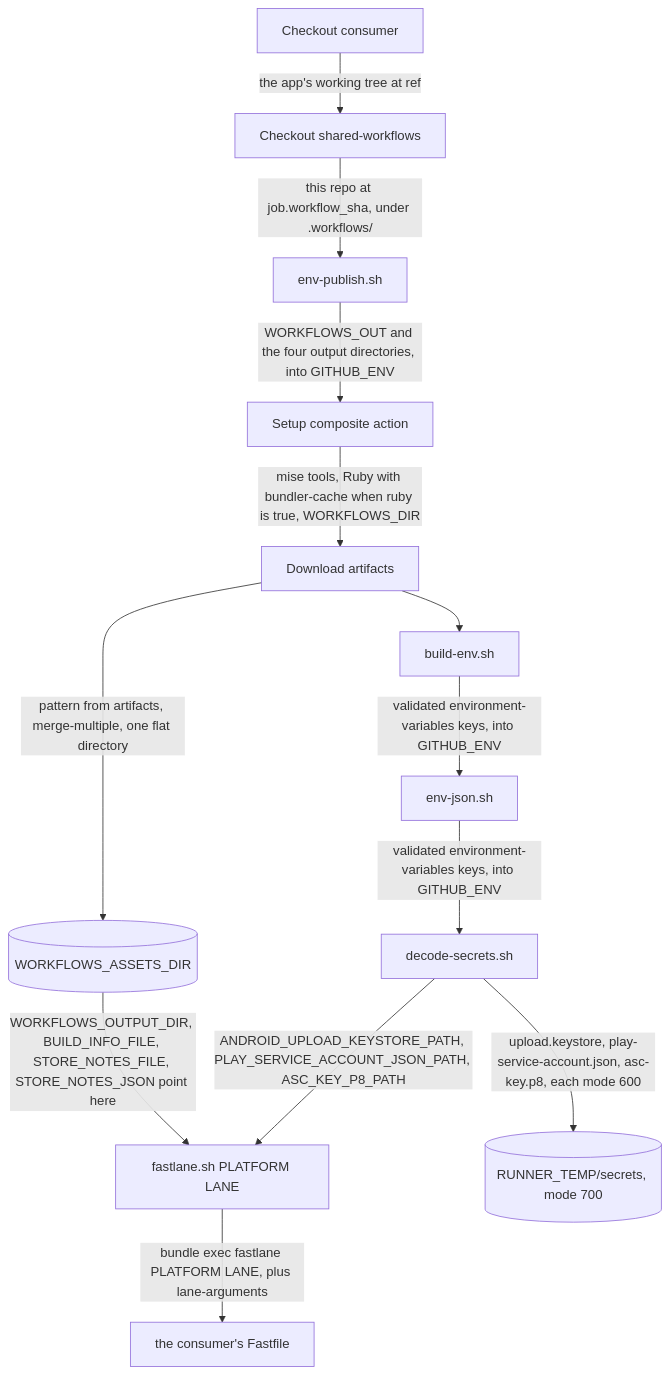
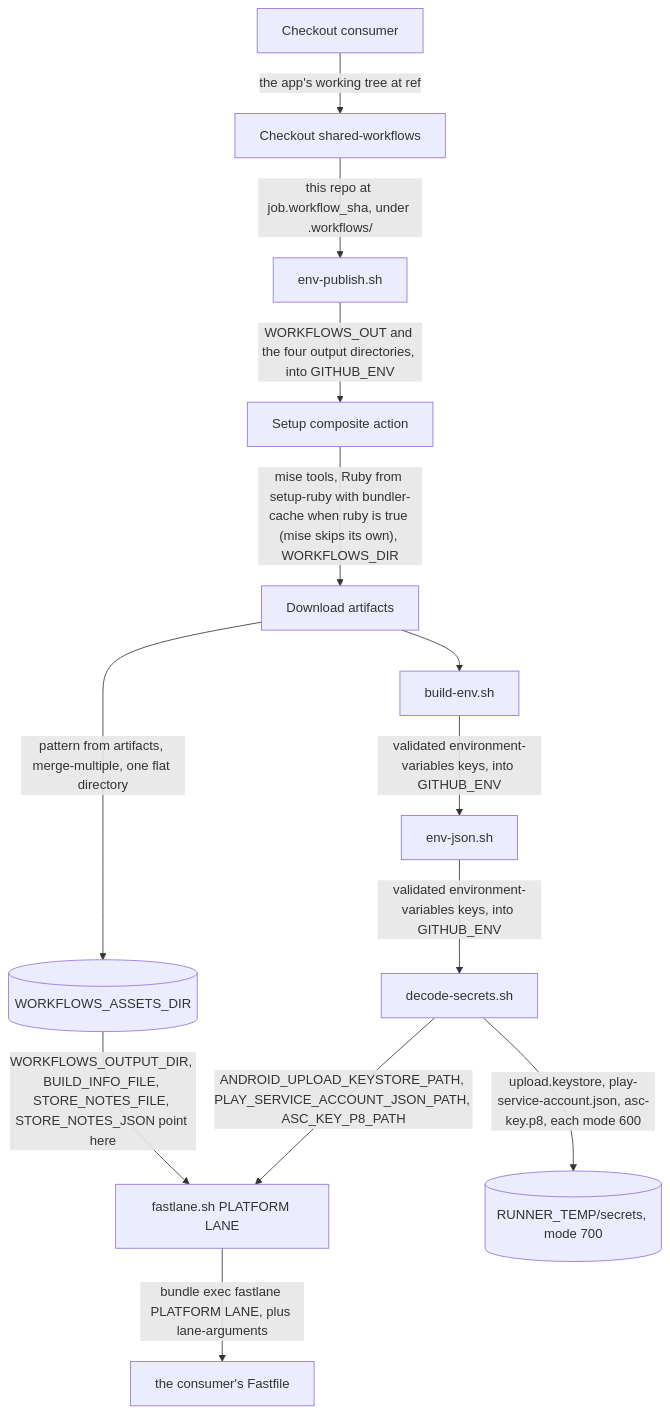
The fifth of 5 diagrams in docs/consumer-guide.md (blinkbitcoin/shared-workflows), drawn with Mermaid before and after one commit. The commit also changed other lines of this file and 20 other files, not shown here.

First line of the commit message:
perf(actions): install only the mise tools each job uses (#237)

````diff
--- a/docs/consumer-guide.md
+++ b/docs/consumer-guide.md
@@ -1692,27 +1692,27 @@
 ```mermaid
 flowchart TD
   consumer["Checkout consumer"]
   shared["Checkout shared-workflows"]
   envpub["env-publish.sh"]
   setup["Setup composite action"]
   download["Download artifacts"]
   buildenv["build-env.sh"]
   envjson["env-json.sh"]
   decode["decode-secrets.sh"]
   fastlane["fastlane.sh PLATFORM LANE"]
   fastfile["the consumer's Fastfile"]
   assets[("WORKFLOWS_ASSETS_DIR")]
   secretsdir[("RUNNER_TEMP/secrets, mode 700")]
   consumer -->|"the app's working tree at ref"| shared
   shared -->|"this repo at job.workflow_sha, under .workflows/"| envpub
   envpub -->|"WORKFLOWS_OUT and the four output directories, into GITHUB_ENV"| setup
-  setup -->|"mise tools, Ruby with bundler-cache when ruby is true, WORKFLOWS_DIR"| download
+  setup -->|"mise tools, Ruby from setup-ruby with bundler-cache when ruby is true (mise skips its own), WORKFLOWS_DIR"| download
   download -->|"pattern from artifacts, merge-multiple, one flat directory"| assets
   download --> buildenv
   buildenv -->|"validated environment-variables keys, into GITHUB_ENV"| envjson
   envjson -->|"validated environment-variables keys, into GITHUB_ENV"| decode
   decode -->|"upload.keystore, play-service-account.json, asc-key.p8, each mode 600"| secretsdir
   decode -->|"ANDROID_UPLOAD_KEYSTORE_PATH, PLAY_SERVICE_ACCOUNT_JSON_PATH, ASC_KEY_P8_PATH"| fastlane
   assets -->|"WORKFLOWS_OUTPUT_DIR, BUILD_INFO_FILE, STORE_NOTES_FILE, STORE_NOTES_JSON point here"| fastlane
   fastlane -->|"bundle exec fastlane PLATFORM LANE, plus lane-arguments"| fastfile
 ```
````
